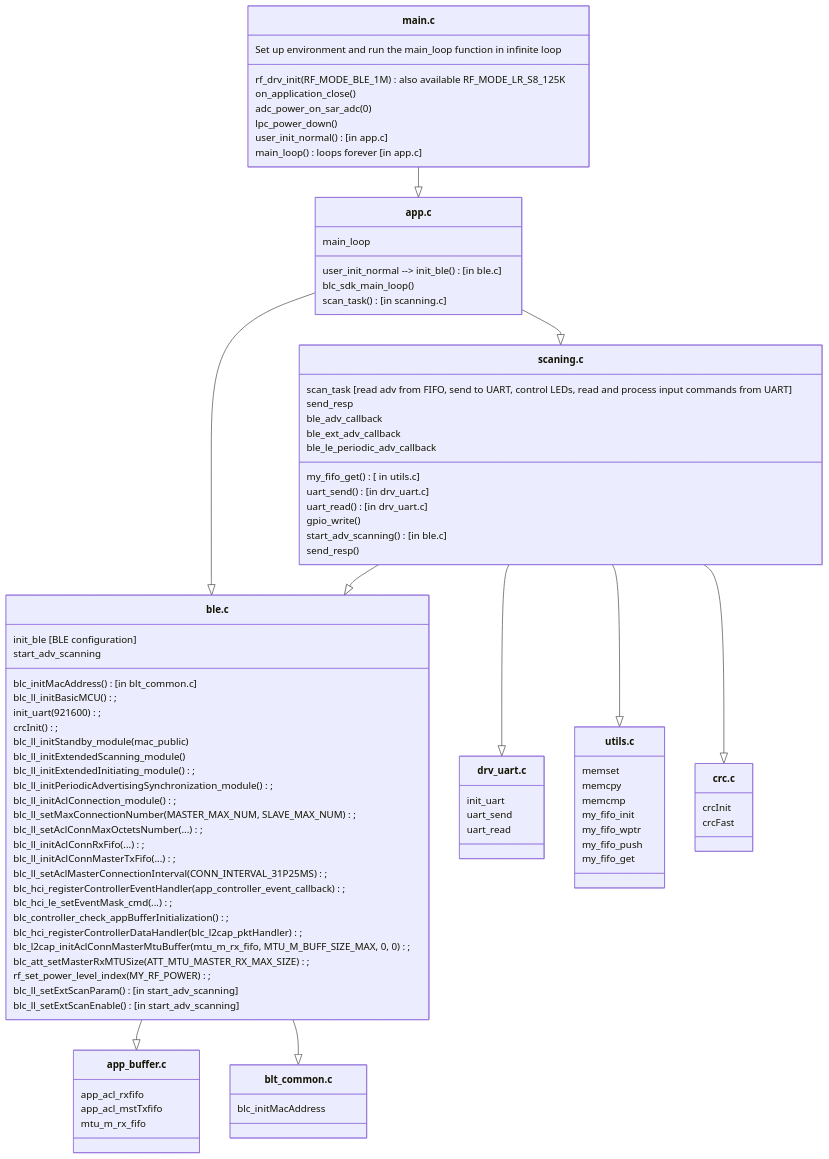
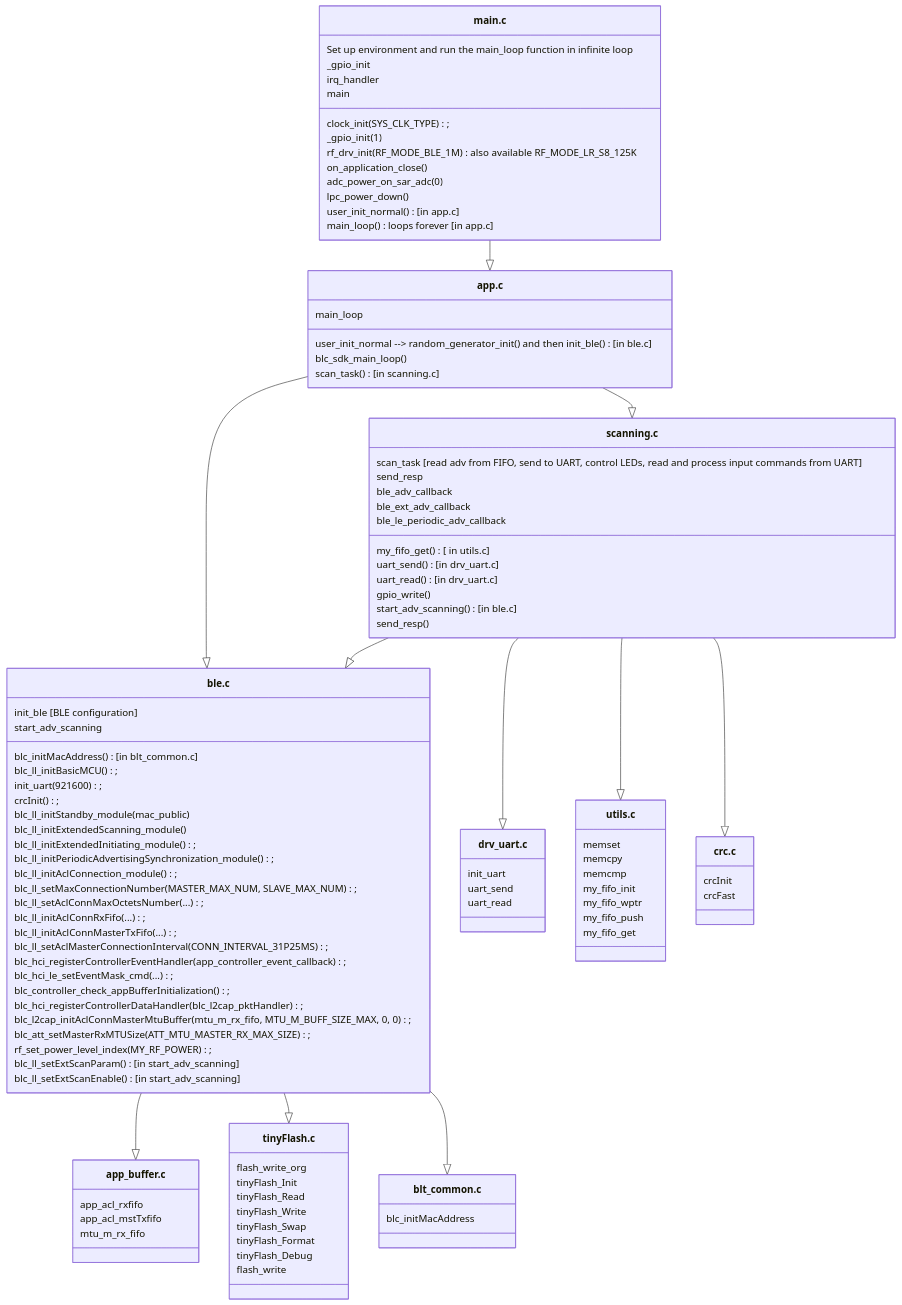
The second of 2 diagrams in README.md (pvvx/ADV_BLE2UART), drawn with Mermaid before and after one commit. The commit also changed other lines of this file and 1 other file, not shown here.

```diff
--- a/README.md
+++ b/README.md
@@ -410,6 +437,7 @@
     main --|> app
     app --|> ble
     ble --|> app_buffer
+    ble --|> tinyFlash
     ble --|> blt_common
     app --|> scanning
     scanning --|> ble
@@ -419,8 +447,13 @@
 
     class main["main.c"]{
         Set up environment and run the main_loop function in infinite loop
+        _gpio_init
+        irq_handler
+        main
 
         %% Invoked functions:
+        clock_init(SYS_CLK_TYPE);
+        _gpio_init(1)
         rf_drv_init(RF_MODE_BLE_1M) also available RF_MODE_LR_S8_125K
         on_application_close()
         adc_power_on_sar_adc(0)
@@ -431,7 +464,7 @@
 
     class app["app.c"]{
         %% Functions:
-        user_init_normal --> init_ble() [in ble.c]
+        user_init_normal --> random_generator_init() and then init_ble() [in ble.c]
         main_loop
         
         %% Invoked functions:
@@ -480,7 +513,19 @@
         mtu_m_rx_fifo
     }
 
-    class scanning["scaning.c"]{
+    class tinyFlash["tinyFlash.c"]{
+        %% Functions:
+        flash_write_org
+        tinyFlash_Init
+        tinyFlash_Read
+        tinyFlash_Write
+        tinyFlash_Swap
+        tinyFlash_Format
+        tinyFlash_Debug
+        flash_write
+    }
+
+    class scanning["scanning.c"]{
         %% Functions:
         scan_task [read adv from FIFO, send to UART, control LEDs, read and process input commands from UART]
 
```
